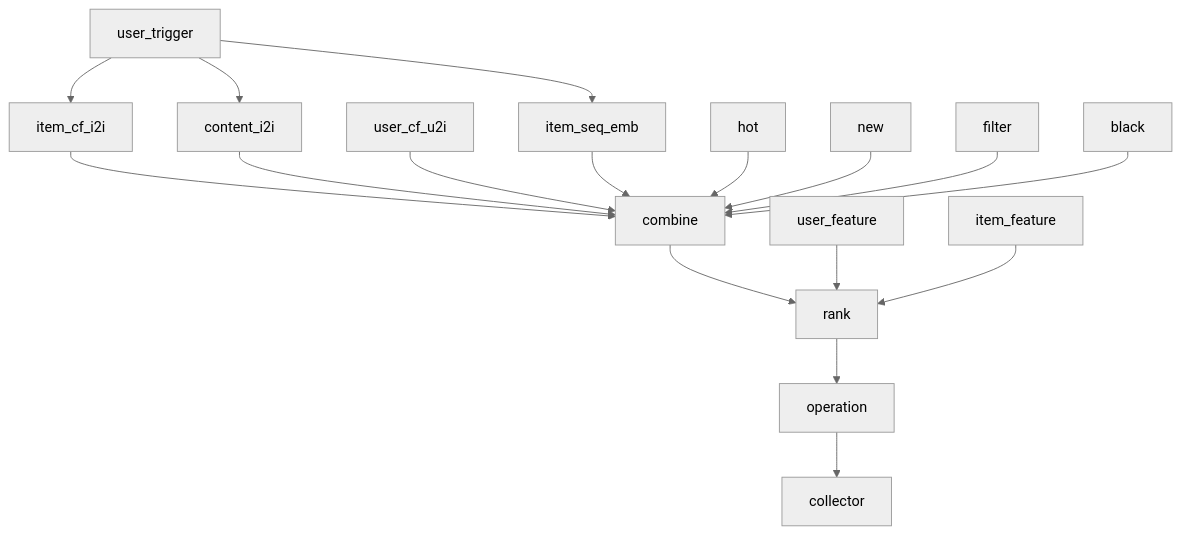
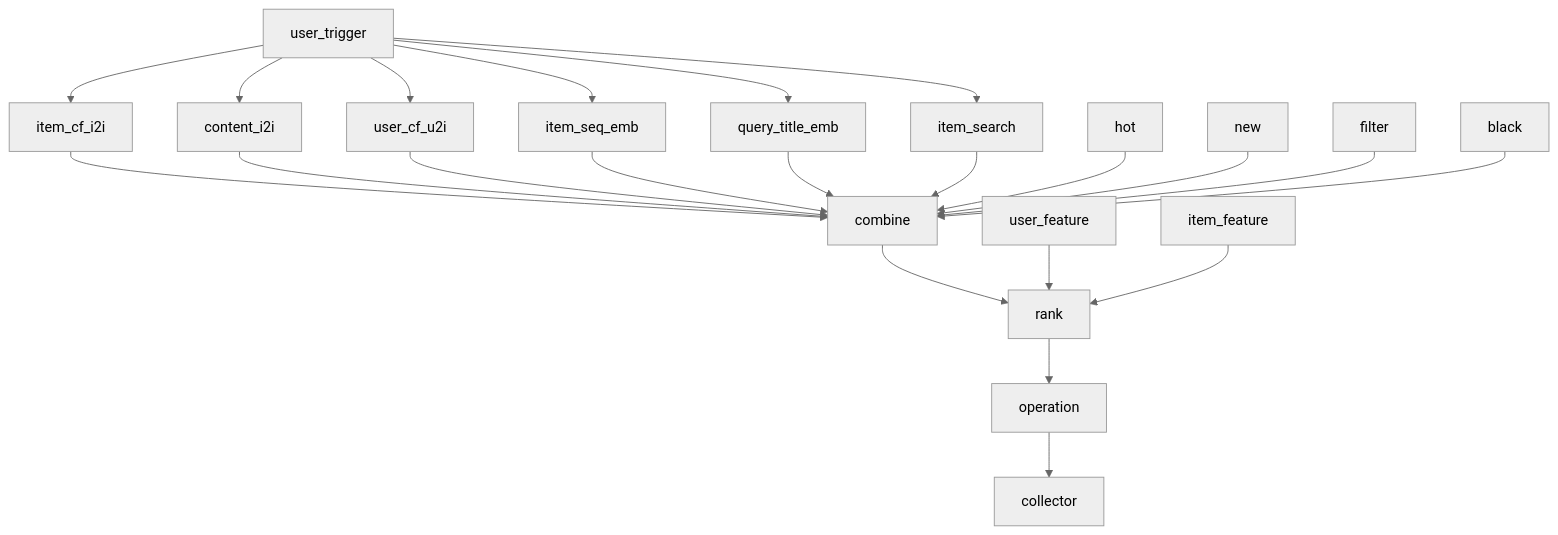
One commit to open-rec/rec-server changed the first of 2 diagrams in README.md. Above: the diagram before and after it, drawn with Mermaid (neutral theme). The commit also changed other lines of this file and 36 other files, not shown here.

````diff
--- a/README.md
+++ b/README.md
@@ -34,20 +34,24 @@
 ```mermaid
 flowchart TD
     user_trigger --> item_cf_i2i
     user_trigger --> content_i2i
     user_trigger --> item_seq_emb
-
+    user_trigger --> item_search
+    user_trigger --> query_title_emb
+    user_trigger --> user_cf_u2i
     item_cf_i2i --> combine
     content_i2i --> combine
     user_cf_u2i --> combine
     item_seq_emb --> combine
+    query_title_emb --> combine
+    item_search --> combine
     hot --> combine
     new --> combine
     filter --> combine
     black --> combine
-
     combine --> rank
     user_feature --> rank
     item_feature --> rank
-    rank --> operation --> collector
+    rank --> operation
+    operation --> collector
 ```
````
